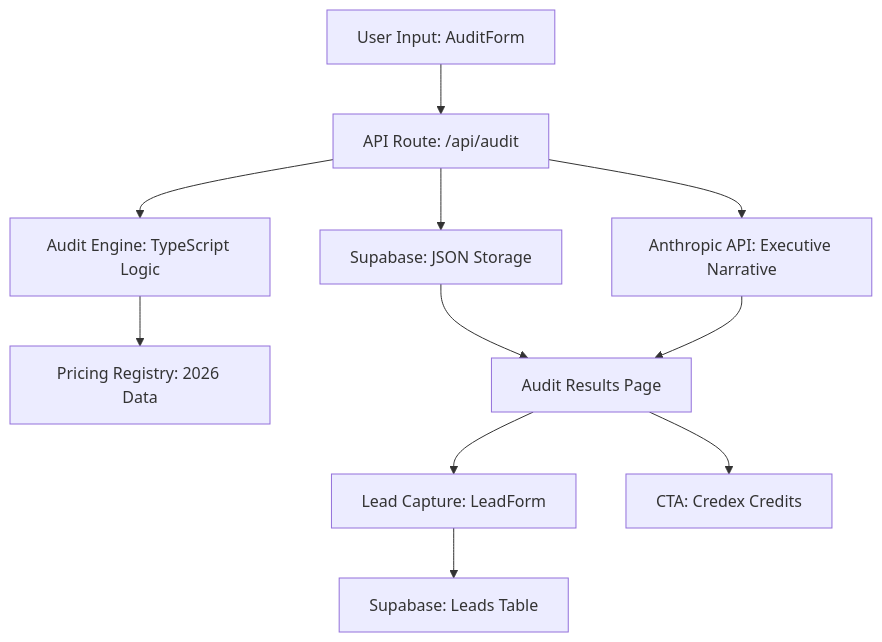
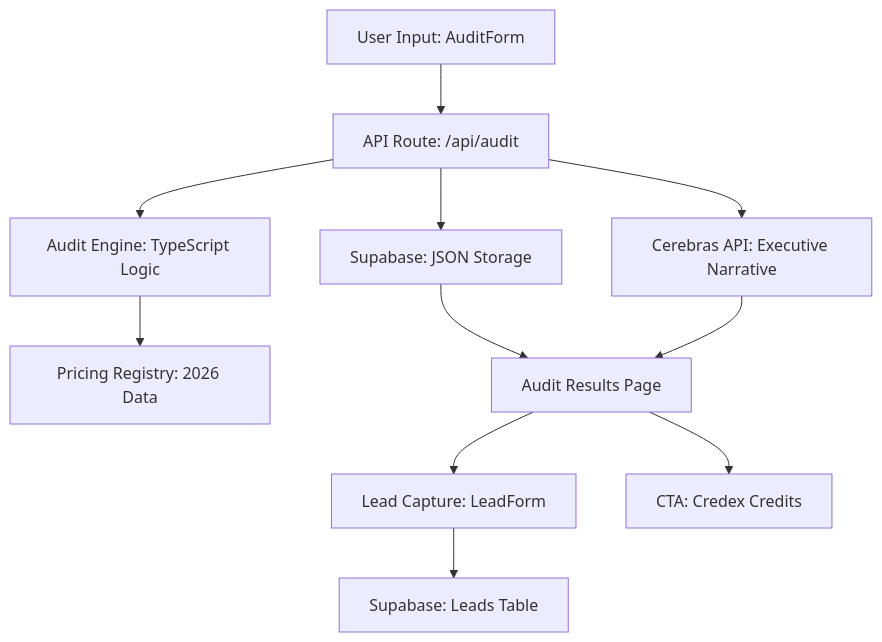
Before and after one commit to Aryanpanwar10005/credex_AI_spent_audit: the diagram in ARCHITECTURE.md, drawn with Mermaid. The commit also changed other lines of this file and 2 other files, not shown here.

Commit message:
docs: rubric compliance pass — fix live URL, rewrite REFLECTION.md (5 questions), add ARCHITECTURE.md scale section

````diff
--- a/ARCHITECTURE.md
+++ b/ARCHITECTURE.md
@@ -13,13 +13,13 @@
 ```mermaid
 graph TD
     A[User Input: AuditForm] --> B[API Route: /api/audit]
     B --> C[Audit Engine: TypeScript Logic]
     C --> D[Pricing Registry: 2026 Data]
     B --> E[Supabase: JSON Storage]
-    B --> F[Anthropic API: Executive Narrative]
+    B --> F[Cerebras API: Executive Narrative]
     E --> G[Audit Results Page]
     F --> G
     G --> H[Lead Capture: LeadForm]
     H --> I[Supabase: Leads Table]
     G --> J[CTA: Credex Credits]
 ```
````
